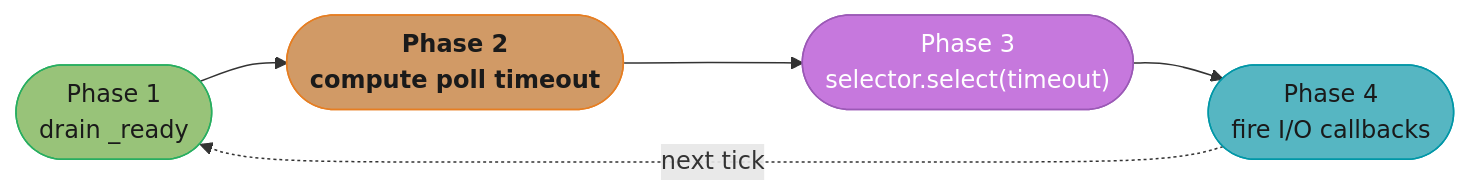
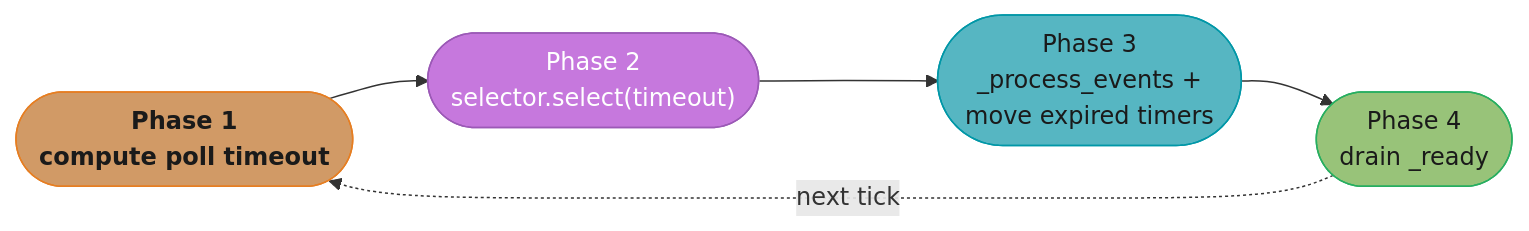
The first of 9 diagrams in src/main/java/com/rutik/systemdesign/python/asyncio_and_event_loop/event_loop_internals.md (rppol/system-design), drawn with Mermaid before and after one commit. The commit also changed other lines of this file and 6 other files, not shown here.

````diff
--- a/src/main/java/com/rutik/systemdesign/python/asyncio_and_event_loop/event_loop_internals.md
+++ b/src/main/java/com/rutik/systemdesign/python/asyncio_and_event_loop/event_loop_internals.md
@@ -38,20 +38,20 @@
 ```mermaid
 flowchart LR
     classDef io      fill:#61afef,stroke:#2e86c1,color:#1a1a1a,font-weight:bold
     classDef frozen  fill:#c678dd,stroke:#9b59b6,color:#fff
     classDef train   fill:#98c379,stroke:#27ae60,color:#1a1a1a
     classDef mathOp  fill:#d19a66,stroke:#e67e22,color:#1a1a1a,font-weight:bold
     classDef lossN   fill:#e06c75,stroke:#c0392b,color:#fff,font-weight:bold
     classDef req     fill:#56b6c2,stroke:#0097a7,color:#1a1a1a
     classDef base    fill:#e5c07b,stroke:#f39c12,color:#1a1a1a
 
-    P1(["Phase 1<br/>drain _ready"]) --> P2(["Phase 2<br/>compute poll timeout"])
-    P2 --> P3(["Phase 3<br/>selector.select(timeout)"])
-    P3 --> P4(["Phase 4<br/>fire I/O callbacks"])
+    P1(["Phase 1<br/>compute poll timeout"]) --> P2(["Phase 2<br/>selector.select(timeout)"])
+    P2 --> P3(["Phase 3<br/>_process_events +<br/>move expired timers"])
+    P3 --> P4(["Phase 4<br/>drain _ready"])
     P4 -.->|"next tick"| P1
 
-    class P1 train
-    class P2 mathOp
-    class P3 frozen
-    class P4 req
+    class P1 mathOp
+    class P2 frozen
+    class P3 req
+    class P4 train
 ```
````
